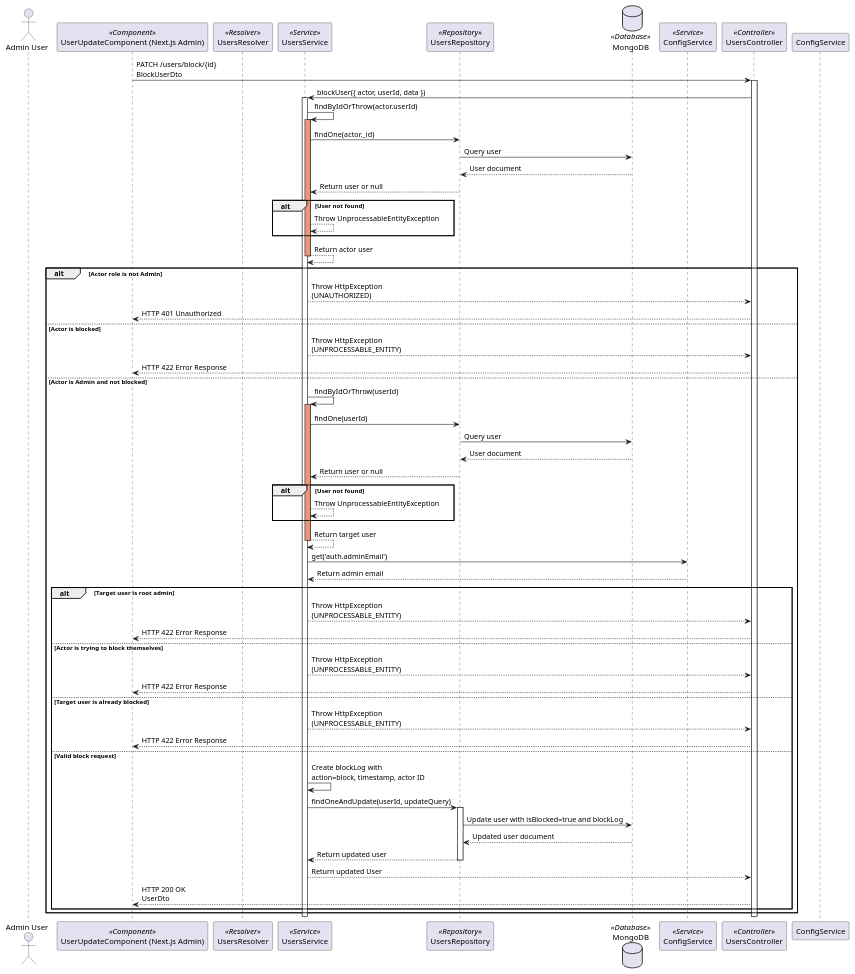
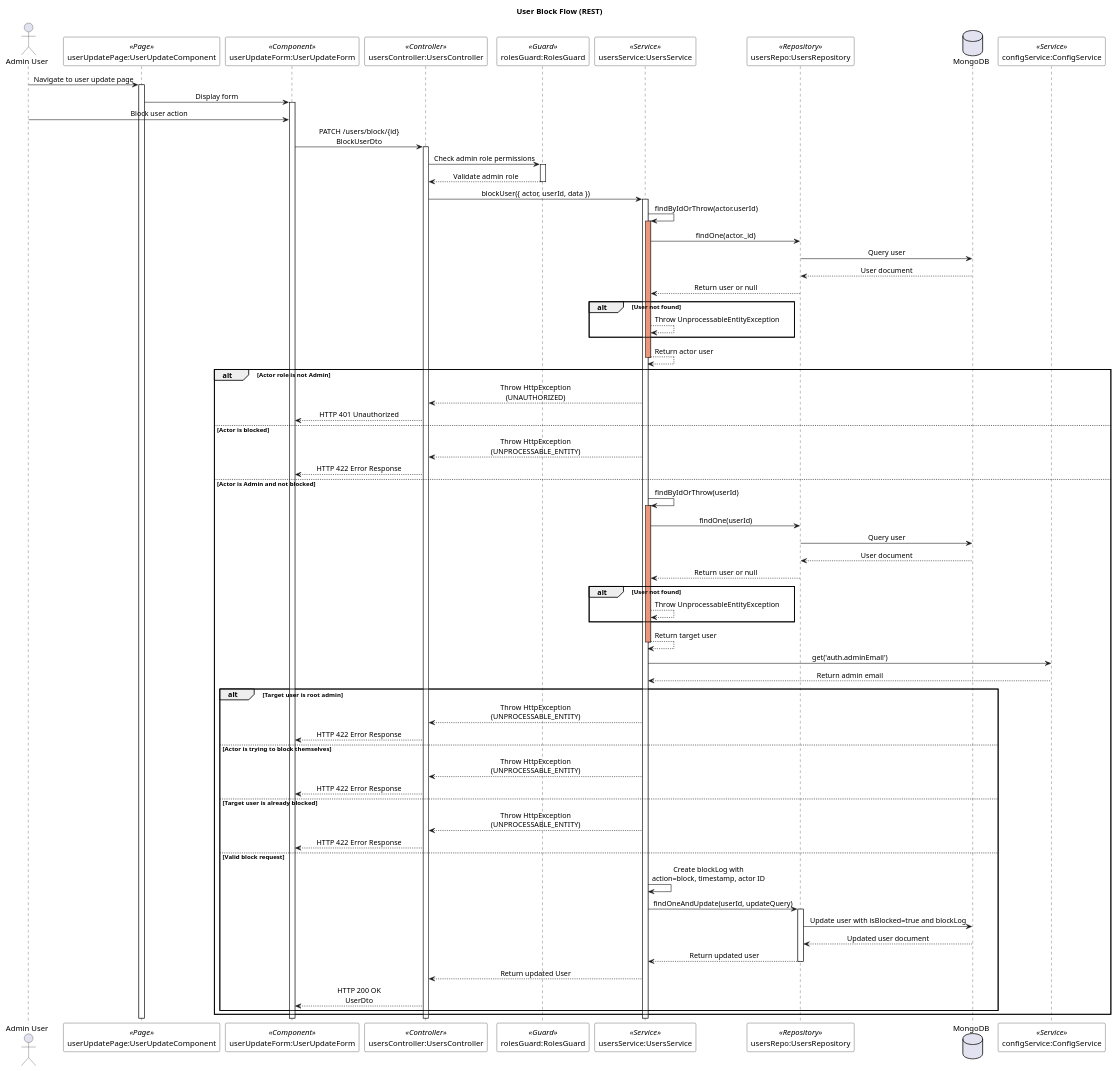
The diagram in documents/diagram/sequences/users/user-block-flow.puml (lehuygiang28/vphim), drawn with PlantUML before and after one commit. The commit also changed 7 other files, not shown here.

First line of the commit message:
refactor(diagrams/sequences/users): 🛠️ update user flow diagrams for clarity and consistency

```diff
--- a/documents/diagram/sequences/users/user-block-flow.puml
+++ b/documents/diagram/sequences/users/user-block-flow.puml
@@ -1,83 +1,106 @@
 @startuml User Block Flow
 
+skinparam SequenceMessageAlignment center
+skinparam SequenceBoxBackgroundColor white
+skinparam SequenceBoxBorderColor black
+skinparam NoteBackgroundColor lightyellow
+skinparam NoteBorderColor black
+skinparam ParticipantBackgroundColor white
+skinparam ParticipantBorderColor black
+
+title User Block Flow (REST)
+
 actor "Admin User" as adminUser
-participant "UserUpdateComponent (Next.js Admin)" as userUpdateComponent <<Component>>
-participant "UsersResolver" as usersResolver <<Resolver>>
-participant "UsersService" as usersService <<Service>>
-participant "UsersRepository" as usersRepository <<Repository>>
-database "MongoDB" as mongoDB <<Database>>
-participant "ConfigService" as configService <<Service>>
-participant "UsersController" as usersController <<Controller>>
+participant "userUpdatePage:UserUpdateComponent" as userUpdatePage <<Page>>
+participant "userUpdateForm:UserUpdateForm" as userUpdateForm <<Component>>
+participant "usersController:UsersController" as usersController <<Controller>>
+participant "rolesGuard:RolesGuard" as rolesGuard <<Guard>>
+participant "usersService:UsersService" as usersService <<Service>>
+participant "usersRepo:UsersRepository" as usersRepo <<Repository>>
+database "MongoDB" as mongoDB
+participant "configService:ConfigService" as configService <<Service>>
 
+adminUser -> userUpdatePage : Navigate to user update page
+activate userUpdatePage
 
+userUpdatePage -> userUpdateForm : Display form
+activate userUpdateForm
 
-participant "ConfigService" as ConfigService
+adminUser -> userUpdateForm : Block user action
 
-userUpdateComponent -> usersController: PATCH /users/block/{id}\nBlockUserDto
+userUpdateForm -> usersController : PATCH /users/block/{id}\nBlockUserDto
 activate usersController
 
-usersController -> usersService: blockUser({ actor, userId, data })
+usersController -> rolesGuard : Check admin role permissions
+activate rolesGuard
+rolesGuard --> usersController : Validate admin role
+deactivate rolesGuard
+
+usersController -> usersService : blockUser({ actor, userId, data })
 activate usersService
 
-usersService -> usersService: findByIdOrThrow(actor.userId)
+usersService -> usersService : findByIdOrThrow(actor.userId)
 activate usersService #DarkSalmon
-usersService -> usersRepository: findOne(actor._id)
-usersRepository -> mongoDB: Query user
-mongoDB --> usersRepository: User document
-usersRepository --> usersService: Return user or null
+usersService -> usersRepo : findOne(actor._id)
+usersRepo -> mongoDB : Query user
+mongoDB --> usersRepo : User document
+usersRepo --> usersService : Return user or null
 alt User not found
-    usersService --> usersService: Throw UnprocessableEntityException
+    usersService --> usersService : Throw UnprocessableEntityException
 end
-usersService --> usersService: Return actor user
+usersService --> usersService : Return actor user
 deactivate usersService
 
 alt Actor role is not Admin
-    usersService --> usersController: Throw HttpException\n(UNAUTHORIZED)
-    usersController --> userUpdateComponent: HTTP 401 Unauthorized
+    usersService --> usersController : Throw HttpException\n(UNAUTHORIZED)
+    usersController --> userUpdateForm : HTTP 401 Unauthorized
 else Actor is blocked
-    usersService --> usersController: Throw HttpException\n(UNPROCESSABLE_ENTITY)
-    usersController --> userUpdateComponent: HTTP 422 Error Response
+    usersService --> usersController : Throw HttpException\n(UNPROCESSABLE_ENTITY)
+    usersController --> userUpdateForm : HTTP 422 Error Response
 else Actor is Admin and not blocked
-    usersService -> usersService: findByIdOrThrow(userId)
+    usersService -> usersService : findByIdOrThrow(userId)
     activate usersService #DarkSalmon
-    usersService -> usersRepository: findOne(userId)
-    usersRepository -> mongoDB: Query user
-    mongoDB --> usersRepository: User document
-    usersRepository --> usersService: Return user or null
+    usersService -> usersRepo : findOne(userId)
+    usersRepo -> mongoDB : Query user
+    mongoDB --> usersRepo : User document
+    usersRepo --> usersService : Return user or null
     alt User not found
-        usersService --> usersService: Throw UnprocessableEntityException
+        usersService --> usersService : Throw UnprocessableEntityException
     end
-    usersService --> usersService: Return target user
+    usersService --> usersService : Return target user
     deactivate usersService
 
-    usersService -> configService: get('auth.adminEmail')
-    configService --> usersService: Return admin email
+    usersService -> configService : get('auth.adminEmail')
+    configService --> usersService : Return admin email
 
     alt Target user is root admin
-        usersService --> usersController: Throw HttpException\n(UNPROCESSABLE_ENTITY)
-        usersController --> userUpdateComponent: HTTP 422 Error Response
+        usersService --> usersController : Throw HttpException\n(UNPROCESSABLE_ENTITY)
+        usersController --> userUpdateForm : HTTP 422 Error Response
     else Actor is trying to block themselves
-        usersService --> usersController: Throw HttpException\n(UNPROCESSABLE_ENTITY)
-        usersController --> userUpdateComponent: HTTP 422 Error Response
+        usersService --> usersController : Throw HttpException\n(UNPROCESSABLE_ENTITY)
+        usersController --> userUpdateForm : HTTP 422 Error Response
     else Target user is already blocked
-        usersService --> usersController: Throw HttpException\n(UNPROCESSABLE_ENTITY)
-        usersController --> userUpdateComponent: HTTP 422 Error Response
+        usersService --> usersController : Throw HttpException\n(UNPROCESSABLE_ENTITY)
+        usersController --> userUpdateForm : HTTP 422 Error Response
     else Valid block request
-        usersService -> usersService: Create blockLog with\naction=block, timestamp, actor ID
+        usersService -> usersService : Create blockLog with\naction=block, timestamp, actor ID
 
-        usersService -> usersRepository: findOneAndUpdate(userId, updateQuery)
-        activate usersRepository
-        usersRepository -> mongoDB: Update user with isBlocked=true and blockLog
-        mongoDB --> usersRepository: Updated user document
-        usersRepository --> usersService: Return updated user
-        deactivate usersRepository
+        usersService -> usersRepo : findOneAndUpdate(userId, updateQuery)
+        activate usersRepo
+        usersRepo -> mongoDB : Update user with isBlocked=true and blockLog
+        mongoDB --> usersRepo : Updated user document
+        usersRepo --> usersService : Return updated user
+        deactivate usersRepo
 
-        usersService --> usersController: Return updated User
-        usersController --> userUpdateComponent: HTTP 200 OK\nUserDto
+        usersService --> usersController : Return updated User
+        usersController --> userUpdateForm : HTTP 200 OK\nUserDto
     end
 end
 
 deactivate usersService
 deactivate usersController
 
+deactivate userUpdateForm
+deactivate userUpdatePage
+
 @enduml
```
